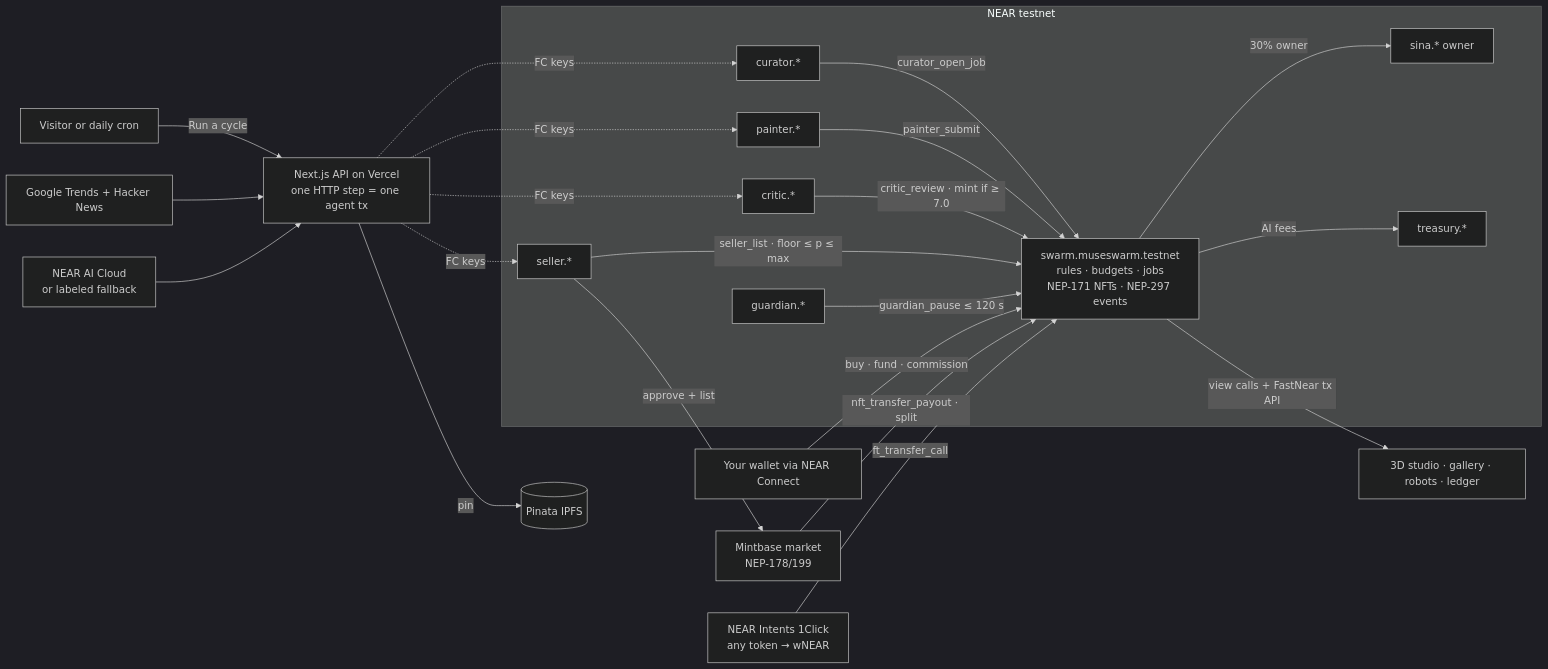
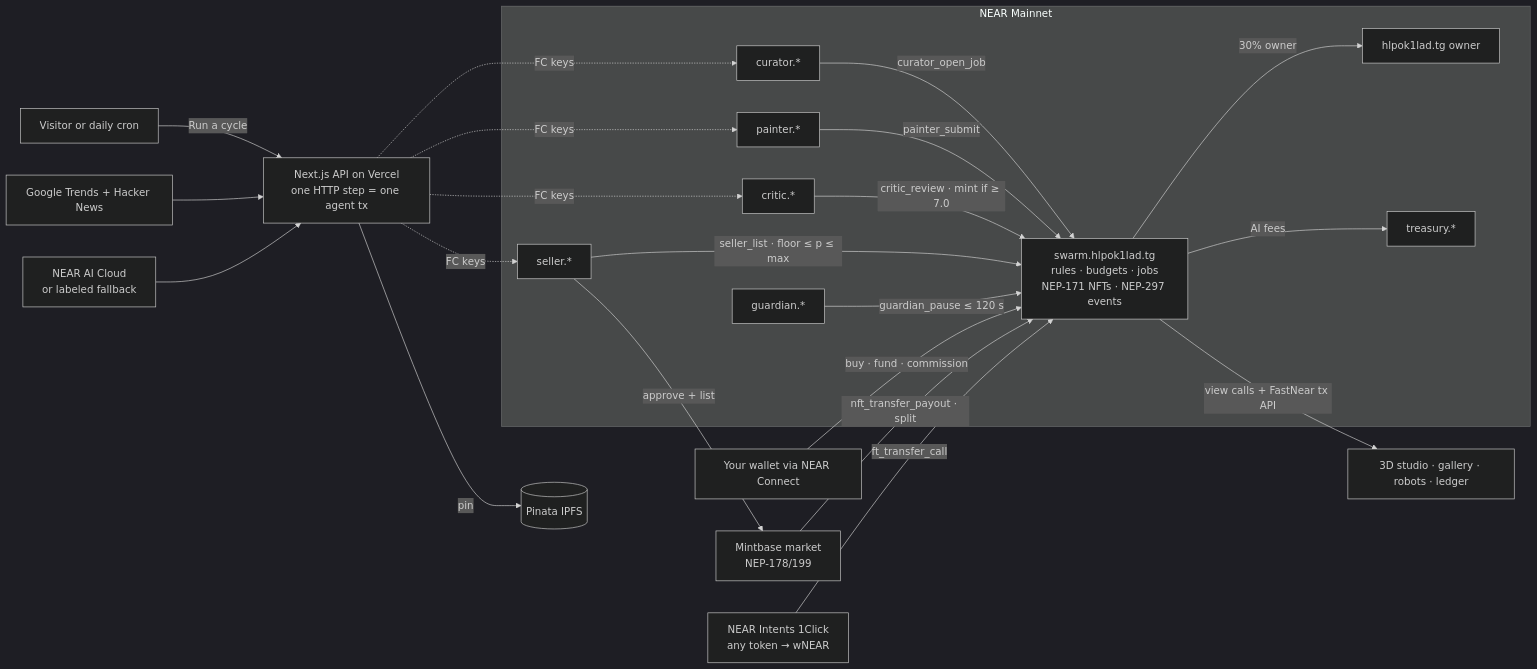
The diagram in README.md (sinajalilian01-x1/muse-swarm), drawn with Mermaid (dark theme) before and after one commit. The commit also changed other lines of this file and 8 other files, not shown here.

Commit message:
Lead with Live on NEAR Mainnet: How banner, Mainnet badge, health explorer links + honest sales note, mainnet-first README

````diff
--- a/README.md
+++ b/README.md
@@ -44,23 +57,23 @@
 ```mermaid
 flowchart LR
   V[Visitor or daily cron] -->|Run a cycle| API[Next.js API on Vercel<br/>one HTTP step = one agent tx]
   T[Google Trends + Hacker News] --> API
   AI[NEAR AI Cloud<br/>or labeled fallback] --> API
   API -->|pin| IPFS[(Pinata IPFS)]
-  subgraph NEAR testnet
-    C[swarm.museswarm.testnet<br/>rules · budgets · jobs<br/>NEP-171 NFTs · NEP-297 events]
+  subgraph NEAR Mainnet
+    C[swarm.hlpok1lad.tg<br/>rules · budgets · jobs<br/>NEP-171 NFTs · NEP-297 events]
     CU[curator.*] -->|curator_open_job| C
     PA[painter.*] -->|painter_submit| C
     CR[critic.*] -->|critic_review · mint if ≥ 7.0| C
     SE[seller.*] -->|seller_list · floor ≤ p ≤ max| C
     G[guardian.*] -->|guardian_pause ≤ 120 s| C
-    C -->|30% owner| O[sina.* owner]
+    C -->|30% owner| O[hlpok1lad.tg owner]
     C -->|AI fees| TR[treasury.*]
   end
   API -. FC keys .-> CU & PA & CR & SE
   W[Your wallet via NEAR Connect] -->|buy · fund · commission| C
   SE -->|approve + list| MB[Mintbase market<br/>NEP-178/199]
   MB -->|nft_transfer_payout · split| C
   I[NEAR Intents 1Click<br/>any token → wNEAR] -->|ft_transfer_call| C
   C -->|view calls + FastNear tx API| UI[3D studio · gallery · robots · ledger]
 ```
````
